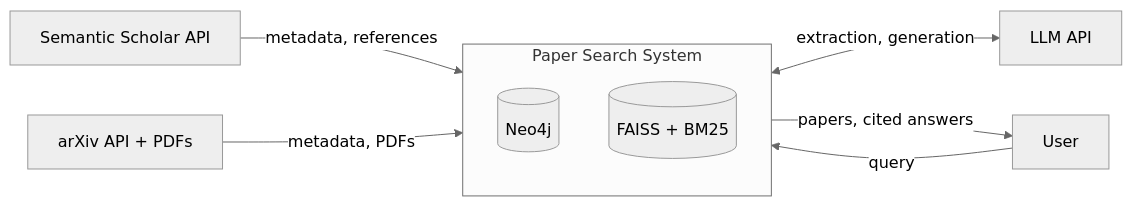
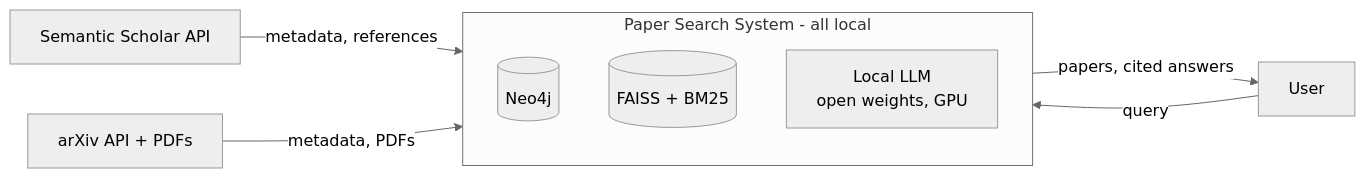
The first of 4 diagrams in docs/architecture.md (pmh2612/HK261-DAGD1-113), drawn with Mermaid (neutral theme) before and after one commit. The commit also changed other lines of this file and 6 other files, not shown here.

````diff
--- a/docs/architecture.md
+++ b/docs/architecture.md
@@ -40,19 +40,18 @@
 ```mermaid
 flowchart LR
     SS[Semantic Scholar API]
     AX[arXiv API + PDFs]
-    LLM[LLM API]
     U[User]
 
     SS -->|metadata, references| SYS
     AX -->|metadata, PDFs| SYS
-    SYS <-->|extraction, generation| LLM
     U -->|query| SYS
     SYS -->|papers, cited answers| U
 
-    subgraph SYS[Paper Search System]
+    subgraph SYS[Paper Search System - all local]
         direction TB
         NEO[(Neo4j)]
         IDX[(FAISS + BM25)]
+        LLM[Local LLM<br/>open weights, GPU]
     end
 ```
````
